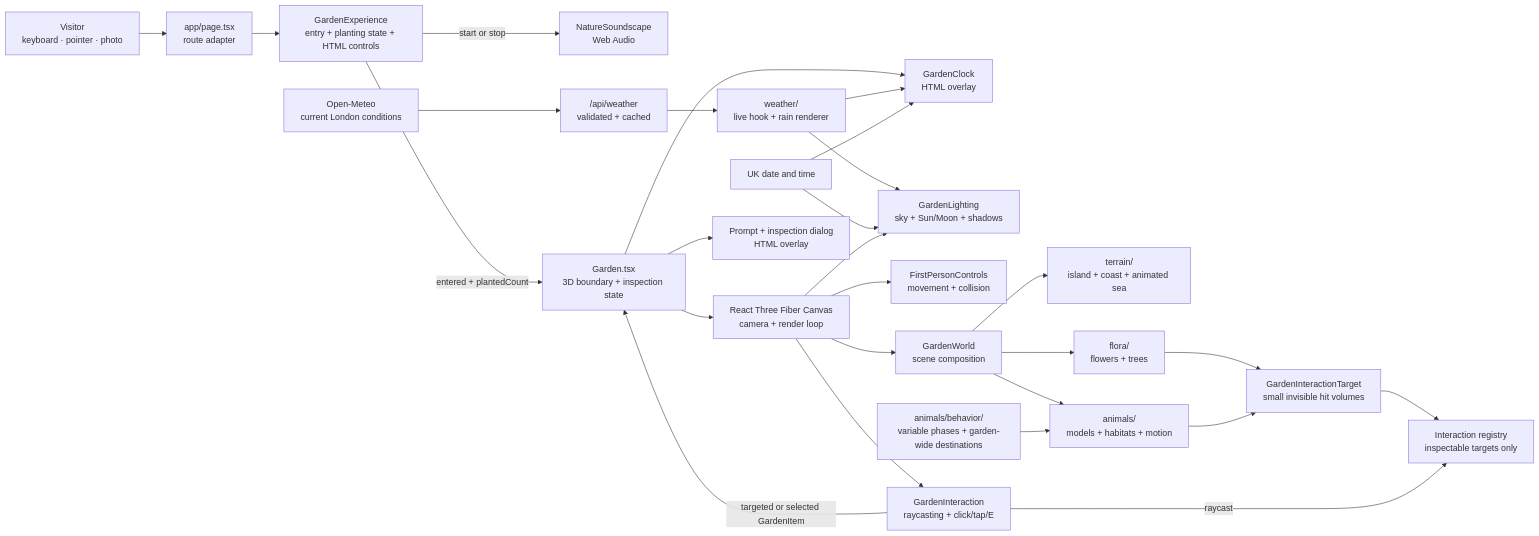
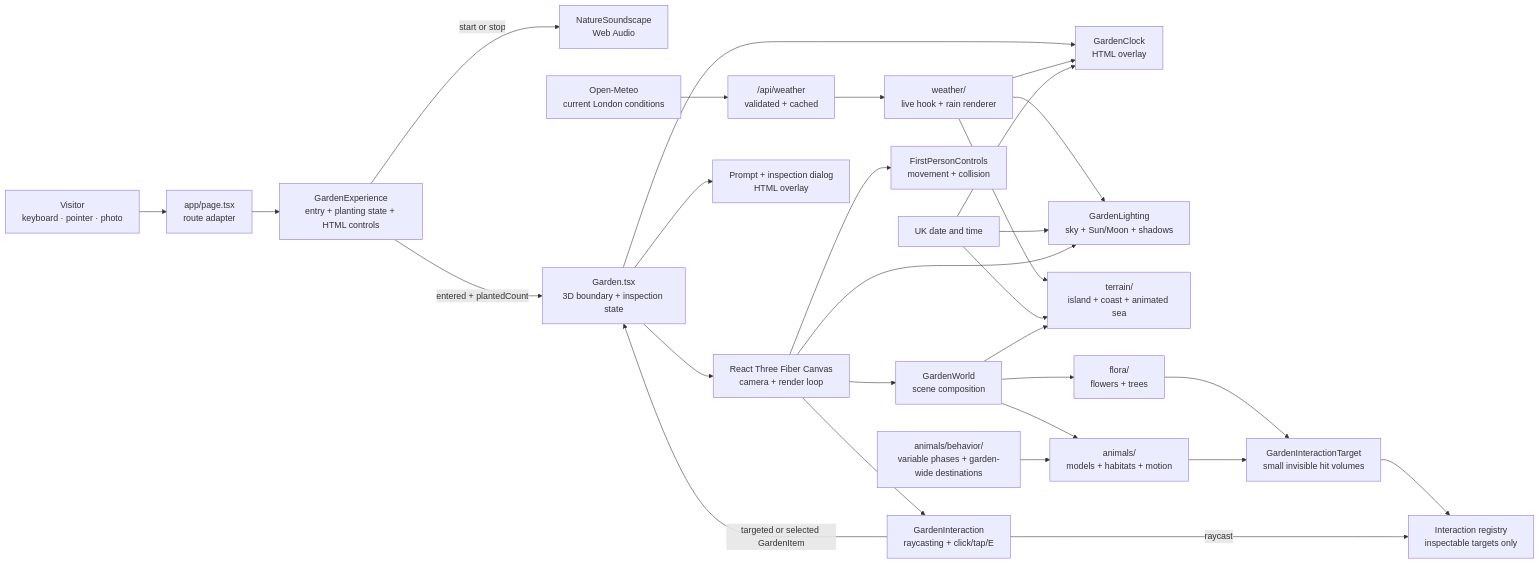
One commit to sophiaxuz/secret-garden changed the diagram in components/garden/README.md. Above: the diagram before and after it, drawn with Mermaid. The commit also changed other lines of this file and 6 other files, not shown here.

````diff
--- a/components/garden/README.md
+++ b/components/garden/README.md
@@ -9,34 +9,36 @@
 ```mermaid
 flowchart LR
     Visitor["Visitor<br/>keyboard · pointer · photo"] --> Page["app/page.tsx<br/>route adapter"]
     Page --> Experience["GardenExperience<br/>entry + planting state + HTML controls"]
 
     Experience -->|start or stop| Audio["NatureSoundscape<br/>Web Audio"]
     Experience -->|entered + plantedCount| Garden["Garden.tsx<br/>3D boundary + inspection state"]
 
     Garden --> Clock["GardenClock<br/>HTML overlay"]
     Garden --> Canvas["React Three Fiber Canvas<br/>camera + render loop"]
     Provider["Open-Meteo<br/>current London conditions"] --> Route["/api/weather<br/>validated + cached"]
     Route --> Weather["weather/<br/>live hook + rain renderer"]
     Weather --> Clock
     Weather --> Lighting
+    Weather --> Terrain
     Time["UK date and time"] --> Lighting["GardenLighting<br/>sky + Sun/Moon + shadows"]
     Time --> Clock
+    Time --> Terrain
 
     Canvas --> Lighting
     Canvas --> Navigation["FirstPersonControls<br/>movement + collision"]
     Canvas --> World["GardenWorld<br/>scene composition"]
     Canvas --> Interaction["GardenInteraction<br/>raycasting + click/tap/E"]
 
     World --> Terrain["terrain/<br/>island + coast + animated sea"]
     World --> Flora["flora/<br/>flowers + trees"]
     World --> Animals["animals/<br/>models + habitats + motion"]
     Routine["animals/behavior/<br/>variable phases + garden-wide destinations"] --> Animals
 
     Flora --> Targets["GardenInteractionTarget<br/>small invisible hit volumes"]
     Animals --> Targets
     Targets --> Registry["Interaction registry<br/>inspectable targets only"]
     Interaction -->|raycast| Registry
     Interaction -->|targeted or selected GardenItem| Garden
     Garden --> UI["Prompt + inspection dialog<br/>HTML overlay"]
 ```
````
